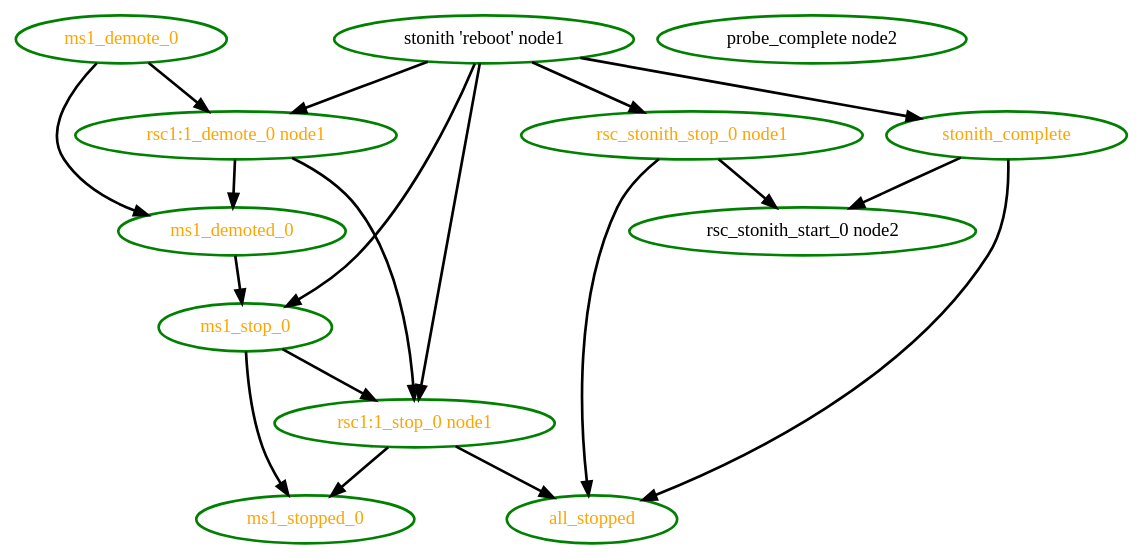
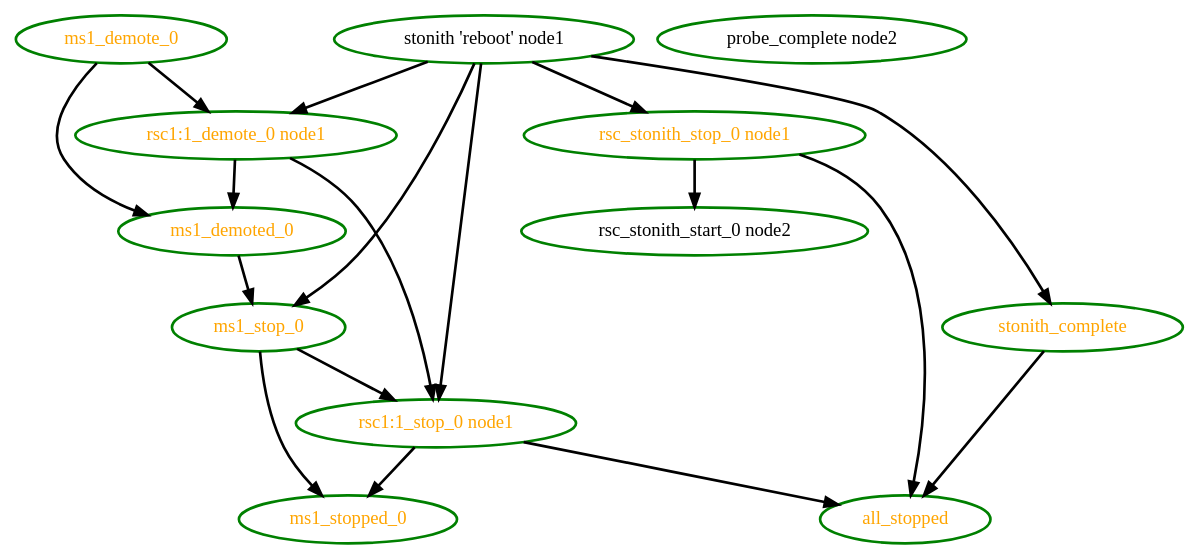
The diagram in pengine/test10/ticket-master-21.dot (ClusterLabs/pacemaker), drawn with Graphviz before and after one commit. The commit also changed 44 other files, not shown here.

```diff
--- a/pengine/test10/ticket-master-21.dot
+++ b/pengine/test10/ticket-master-21.dot
@@ -1,32 +1,31 @@
 digraph "g" {
 "all_stopped" [ style=bold color="green" fontcolor="orange"]
 "ms1_demote_0" -> "ms1_demoted_0" [ style = bold]
 "ms1_demote_0" -> "rsc1:1_demote_0 node1" [ style = bold]
 "ms1_demote_0" [ style=bold color="green" fontcolor="orange"]
 "ms1_demoted_0" -> "ms1_stop_0" [ style = bold]
 "ms1_demoted_0" [ style=bold color="green" fontcolor="orange"]
 "ms1_stop_0" -> "ms1_stopped_0" [ style = bold]
 "ms1_stop_0" -> "rsc1:1_stop_0 node1" [ style = bold]
 "ms1_stop_0" [ style=bold color="green" fontcolor="orange"]
 "ms1_stopped_0" [ style=bold color="green" fontcolor="orange"]
 "probe_complete node2" [ style=bold color="green" fontcolor="black"]
 "rsc1:1_demote_0 node1" -> "ms1_demoted_0" [ style = bold]
 "rsc1:1_demote_0 node1" -> "rsc1:1_stop_0 node1" [ style = bold]
 "rsc1:1_demote_0 node1" [ style=bold color="green" fontcolor="orange"]
 "rsc1:1_stop_0 node1" -> "all_stopped" [ style = bold]
 "rsc1:1_stop_0 node1" -> "ms1_stopped_0" [ style = bold]
 "rsc1:1_stop_0 node1" [ style=bold color="green" fontcolor="orange"]
 "rsc_stonith_start_0 node2" [ style=bold color="green" fontcolor="black"]
 "rsc_stonith_stop_0 node1" -> "all_stopped" [ style = bold]
 "rsc_stonith_stop_0 node1" -> "rsc_stonith_start_0 node2" [ style = bold]
 "rsc_stonith_stop_0 node1" [ style=bold color="green" fontcolor="orange"]
 "stonith 'reboot' node1" -> "ms1_stop_0" [ style = bold]
 "stonith 'reboot' node1" -> "rsc1:1_demote_0 node1" [ style = bold]
 "stonith 'reboot' node1" -> "rsc1:1_stop_0 node1" [ style = bold]
 "stonith 'reboot' node1" -> "rsc_stonith_stop_0 node1" [ style = bold]
 "stonith 'reboot' node1" -> "stonith_complete" [ style = bold]
 "stonith 'reboot' node1" [ style=bold color="green" fontcolor="black"]
 "stonith_complete" -> "all_stopped" [ style = bold]
-"stonith_complete" -> "rsc_stonith_start_0 node2" [ style = bold]
 "stonith_complete" [ style=bold color="green" fontcolor="orange"]
 }
```
